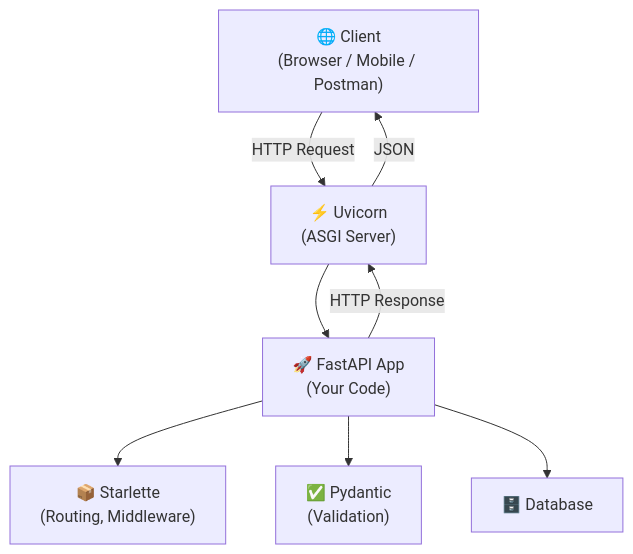
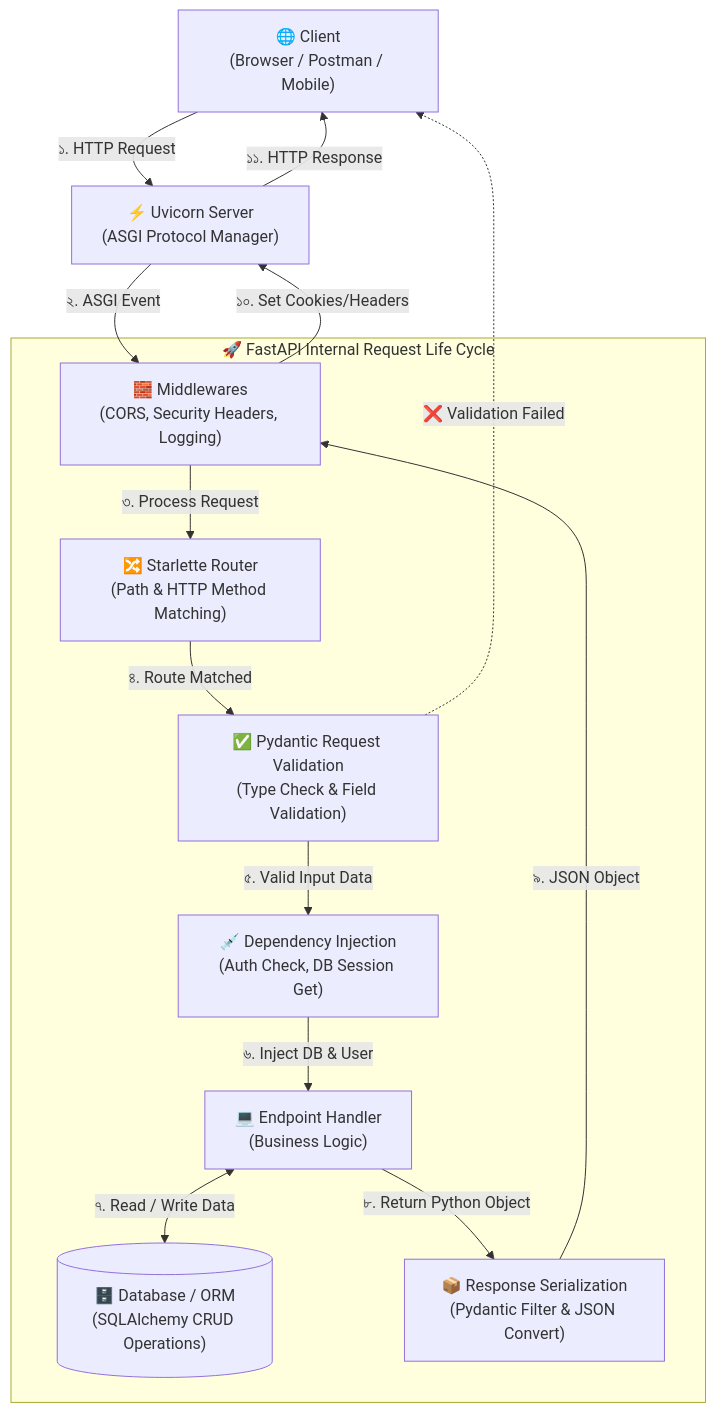
One commit to ashraf1600/My-Portfolio changed the diagram in docs/fastapi/index.md. Above: the diagram before and after it, drawn with Mermaid. The commit also changed other lines of this file, not shown here.

Commit message:
index.Fastapi updated

````diff
--- a/docs/fastapi/index.md
+++ b/docs/fastapi/index.md
@@ -51,17 +53,28 @@
 ```mermaid
 graph TD
-    Client["🌐 Client<br/>(Browser / Mobile / Postman)"]
-    Uvicorn["⚡ Uvicorn<br/>(ASGI Server)"]
-    FastAPI["🚀 FastAPI App<br/>(Your Code)"]
-    Starlette["📦 Starlette<br/>(Routing, Middleware)"]
-    Pydantic["✅ Pydantic<br/>(Validation)"]
-    DB["🗄️ Database"]
+    Client["🌐 Client<br/>(Browser / Postman / Mobile)"]
+    Uvicorn["⚡ Uvicorn Server<br/>(ASGI Protocol Manager)"]
 
-    Client -->|HTTP Request| Uvicorn
-    Uvicorn --> FastAPI
-    FastAPI --> Starlette
-    FastAPI --> Pydantic
-    FastAPI --> DB
-    FastAPI -->|HTTP Response| Uvicorn
-    Uvicorn -->|JSON| Client
+    subgraph FastAPI_Internal["🚀 FastAPI Internal Request Life Cycle"]
+        MW["🧱 Middlewares<br/>(CORS, Security Headers, Logging)"]
+        Router["🔀 Starlette Router<br/>(Path & HTTP Method Matching)"]
+        Validation["✅ Pydantic Request Validation<br/>(Type Check & Field Validation)"]
+        Deps["💉 Dependency Injection<br/>(Auth Check, DB Session Get)"]
+        Endpoint["💻 Endpoint Handler<br/>(Business Logic)"]
+        DB[("🗄️ Database / ORM<br/>(SQLAlchemy CRUD Operations)")]
+        Serialize["📦 Response Serialization<br/>(Pydantic Filter & JSON Convert)"]
+    end
+
+    Client -->|১. HTTP Request| Uvicorn
+    Uvicorn -->|২. ASGI Event| MW
+    MW -->|৩. Process Request| Router
+    Router -->|৪. Route Matched| Validation
+    Validation -->|৫. Valid Input Data| Deps
+    Validation -.->|❌ Validation Failed| Client
+    Deps -->|৬. Inject DB & User| Endpoint
+    Endpoint <-->|৭. Read / Write Data| DB
+    Endpoint -->|৮. Return Python Object| Serialize
+    Serialize -->|৯. JSON Object| MW
+    MW -->|১০. Set Cookies/Headers| Uvicorn
+    Uvicorn -->|১১. HTTP Response| Client
 ```
````
